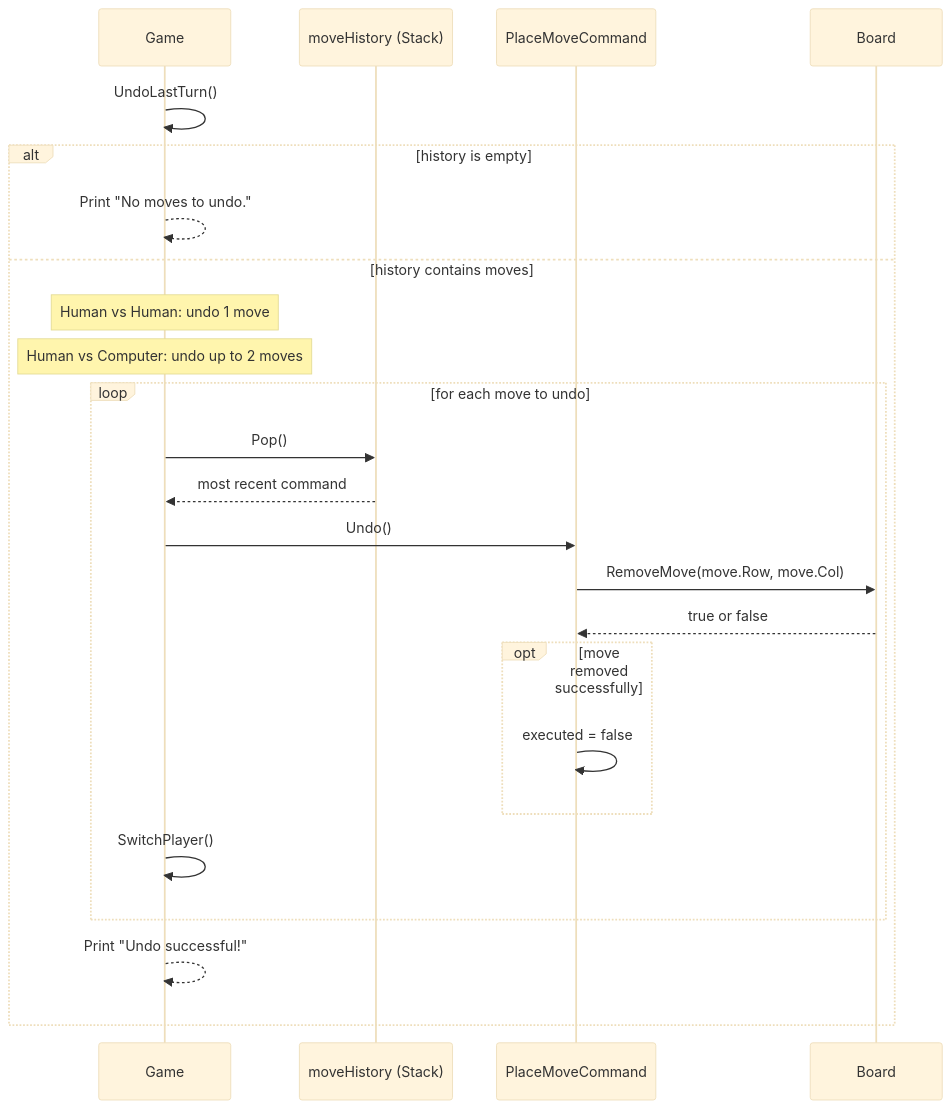
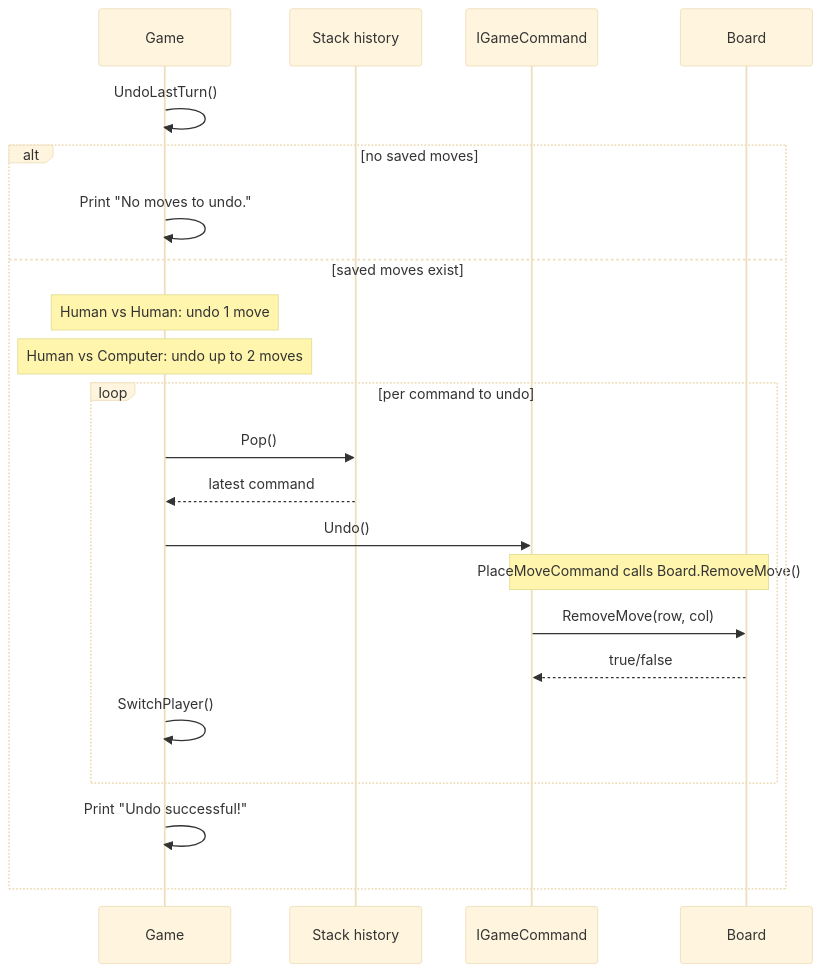
The third of 3 diagrams in docs/UML.md (tobyasteria/TicTacToe-OOP), drawn with Mermaid (base theme) before and after one commit. The commit also changed other lines of this file, not shown here.

Commit message:
Update UML Class Diagram for Week 3

````diff
--- a/docs/UML.md
+++ b/docs/UML.md
@@ -147,27 +133,24 @@
 ```mermaid
 sequenceDiagram
-    participant Game
-    participant History as moveHistory (Stack)
-    participant Command as PlaceMoveCommand
-    participant Board
-
-    Game->>Game: UndoLastTurn()
-    alt history is empty
-        Game-->>Game: Print "No moves to undo."
-    else history contains moves
-        Note over Game: Human vs Human: undo 1 move
-        Note over Game: Human vs Computer: undo up to 2 moves
-        loop for each move to undo
-            Game->>History: Pop()
-            History-->>Game: most recent command
-            Game->>Command: Undo()
-            Command->>Board: RemoveMove(move.Row, move.Col)
-            Board-->>Command: true or false
-            opt move removed successfully
-                Command->>Command: executed = false
-            end
-            Game->>Game: SwitchPlayer()
+    participant G as Game
+    participant H as Stack history
+    participant C as IGameCommand
+    participant B as Board
+    G->>G: UndoLastTurn()
+    alt no saved moves
+        G->>G: Print "No moves to undo."
+    else saved moves exist
+        Note over G: Human vs Human: undo 1 move
+        Note over G: Human vs Computer: undo up to 2 moves
+        loop per command to undo
+            G->>H: Pop()
+            H-->>G: latest command
+            G->>C: Undo()
+            Note over C,B: PlaceMoveCommand calls Board.RemoveMove()
+            C->>B: RemoveMove(row, col)
+            B-->>C: true/false
+            G->>G: SwitchPlayer()
         end
-        Game-->>Game: Print "Undo successful!"
+        G->>G: Print "Undo successful!"
     end
 ```
````
